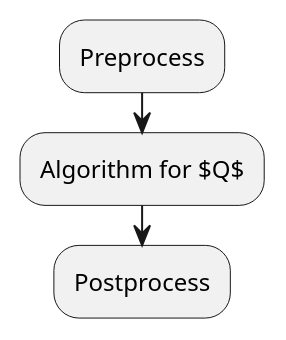
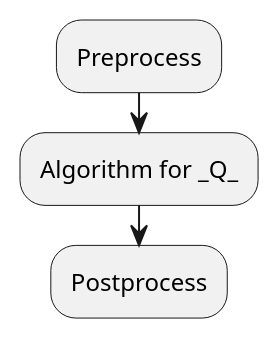
One commit to ashwinreddy/wiki changed the diagram in Computer-Science/Computational-Complexity-Theory/Reduction.md. Above: the diagram before and after it, drawn with PlantUML.

Commit message:
Updated Reduction.md (markdown)

```diff
--- a/Computer-Science/Computational-Complexity-Theory/Reduction.md
+++ b/Computer-Science/Computational-Complexity-Theory/Reduction.md
@@ -3,5 +3,5 @@
 @startuml
 :Preprocess;
-:Algorithm for $Q$;
+:Algorithm for _Q_;
 :Postprocess;
 @enduml
```
